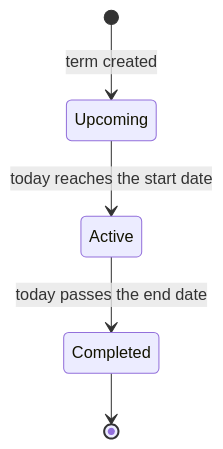
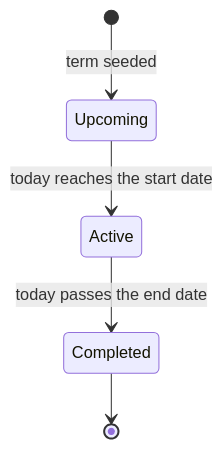
The second of 2 diagrams in modules/academic-years.mdx (elimuborasolutions/docs), drawn with Mermaid before and after one commit. The commit also changed other lines of this file, not shown here.

````diff
--- a/modules/academic-years.mdx
+++ b/modules/academic-years.mdx
@@ -154,7 +74,7 @@
 ```mermaid
 stateDiagram-v2
-    [*] --> Upcoming: term created
+    [*] --> Upcoming: term seeded
     Upcoming --> Active: today reaches the start date
     Active --> Completed: today passes the end date
     Completed --> [*]
 ```
````
